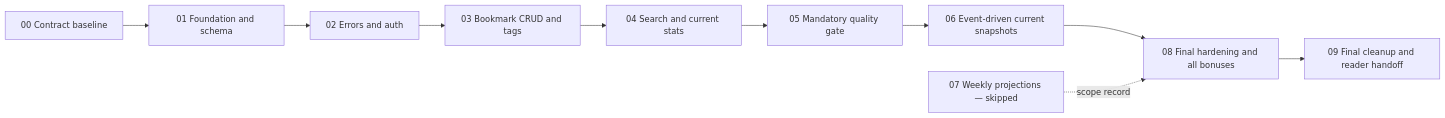
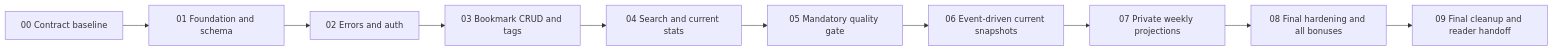
One commit to mechatroNick/backend-exercise changed the diagram in .docs/DELIVERY-PLAN.md. Above: the diagram before and after it, drawn with Mermaid. The commit also changed other lines of this file and 12 other files, not shown here.

````diff
--- a/.docs/DELIVERY-PLAN.md
+++ b/.docs/DELIVERY-PLAN.md
@@ -9,12 +9,12 @@
 ```mermaid
 flowchart LR
     T00["00 Contract baseline"] --> T01["01 Foundation and schema"]
     T01 --> T02["02 Errors and auth"]
     T02 --> T03["03 Bookmark CRUD and tags"]
     T03 --> T04["04 Search and current stats"]
     T04 --> T05["05 Mandatory quality gate"]
     T05 --> T06["06 Event-driven current snapshots"]
-    T06 --> T08["08 Final hardening and all bonuses"]
+    T06 --> T07["07 Private weekly projections"]
+    T07 --> T08["08 Final hardening and all bonuses"]
     T08 --> T09["09 Final cleanup and reader handoff"]
-    T07["07 Weekly projections — skipped"] -. "scope record" .-> T08
 ```
````
